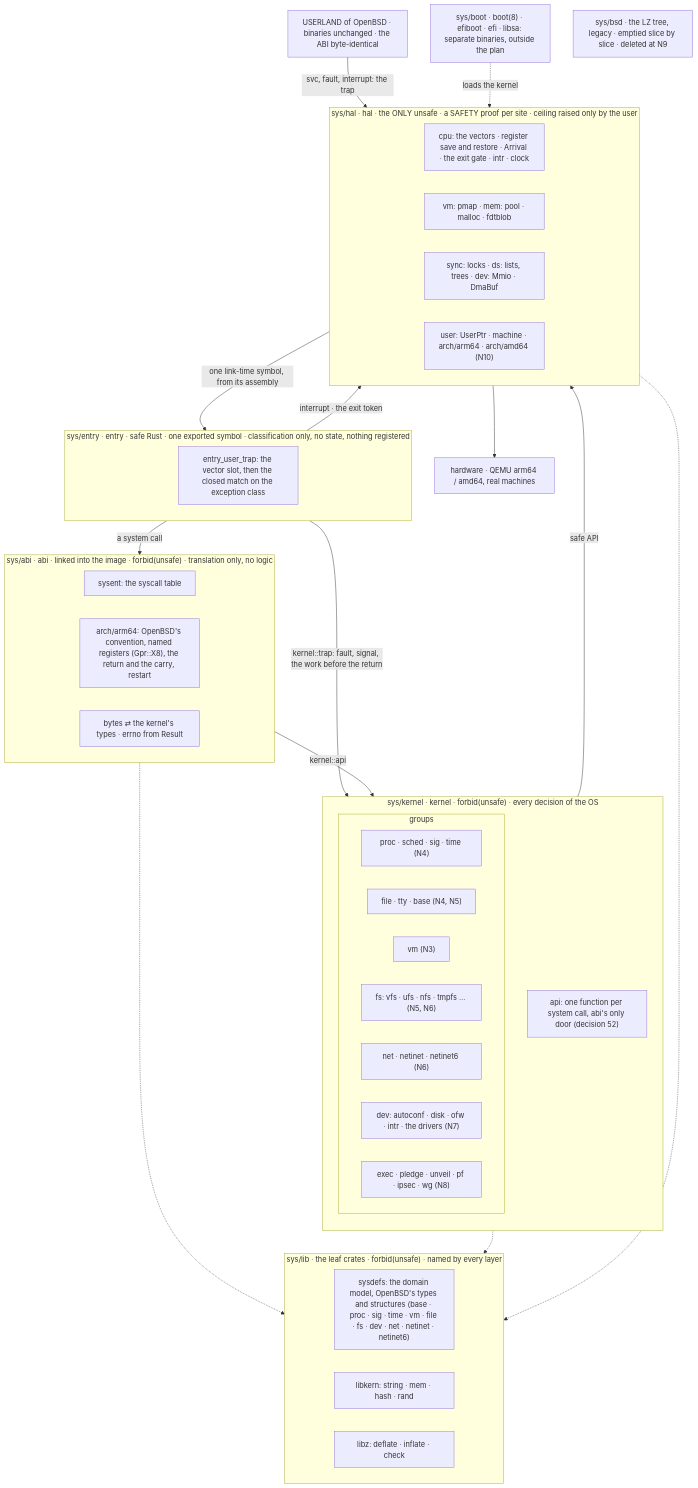
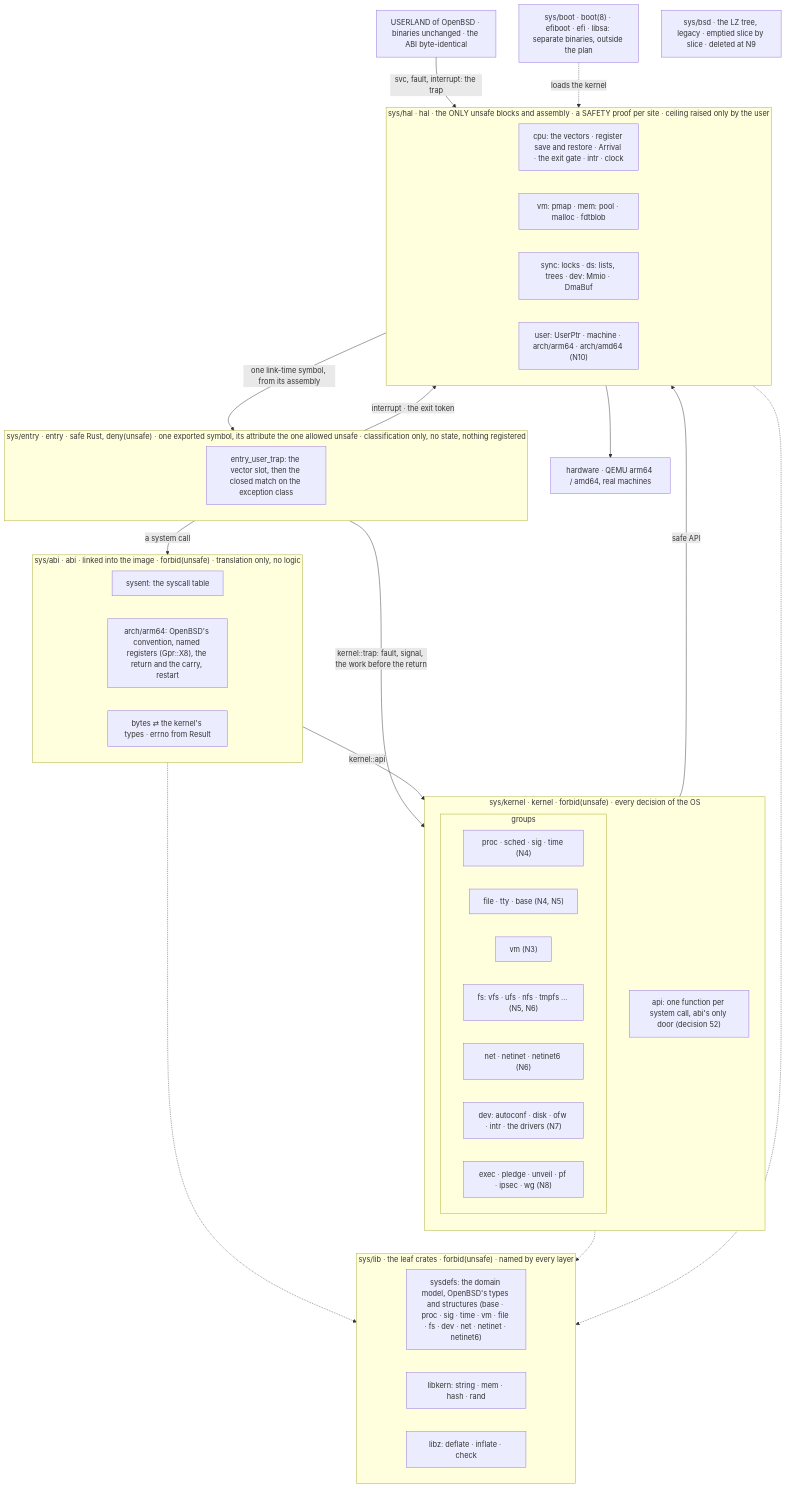
One commit to EmiBSD/Kernel changed the second of 2 diagrams in README.md. Above: the diagram before and after it, drawn with Mermaid. The commit also changed other lines of this file and 1 other file, not shown here.

Commit message:
docs: entry holds one unsafe attribute and names no data crate
Two corrections to the diagrams of README.md and docs/ZERO_UNSAFE.md
0.1, checked against the tree: entry does not depend on sysdefs
(sys/entry/Cargo.toml: abi, hal, kernel), so its arrow to the leaf
crate goes; and hal is the only crate with unsafe blocks and assembly,
not the only unsafe: entry's exported symbol carries the one
#[unsafe(no_mangle)] attribute (decision 58, unsafe 1, asm 0).

````diff
--- a/README.md
+++ b/README.md
@@ -78,63 +79,63 @@
 ```mermaid
 flowchart TB
     U["USERLAND of OpenBSD · binaries unchanged · the ABI byte-identical"]
 
     subgraph ABI["sys/abi · abi · linked into the image · forbid(unsafe) · translation only, no logic"]
         direction LR
         A1["sysent: the syscall table"]
         A2["arch/arm64: OpenBSD's convention, named registers (Gpr::X8), the return and the carry, restart"]
         A3["bytes ⇄ the kernel's types · errno from Result"]
     end
 
-    subgraph ENTRY["sys/entry · entry · safe Rust · one exported symbol · classification only, no state, nothing registered"]
+    subgraph ENTRY["sys/entry · entry · safe Rust, deny(unsafe) · one exported symbol, its attribute the one allowed unsafe · classification only, no state, nothing registered"]
         direction LR
         E1["entry_user_trap: the vector slot, then the closed match on the exception class"]
     end
 
     subgraph K["sys/kernel · kernel · forbid(unsafe) · every decision of the OS"]
         direction TB
         KA["api: one function per system call, abi's only door (decision 52)"]
         subgraph KG["groups"]
             direction LR
             KP["proc · sched · sig · time (N4)"]
             KF["file · tty · base (N4, N5)"]
             KV["vm (N3)"]
             KS["fs: vfs · ufs · nfs · tmpfs … (N5, N6)"]
             KN["net · netinet · netinet6 (N6)"]
             KD["dev: autoconf · disk · ofw · intr · the drivers (N7)"]
             KX["exec · pledge · unveil · pf · ipsec · wg (N8)"]
         end
     end
 
-    subgraph HAL["sys/hal · hal · the ONLY unsafe · a SAFETY proof per site · ceiling raised only by the user"]
+    subgraph HAL["sys/hal · hal · the ONLY unsafe blocks and assembly · a SAFETY proof per site · ceiling raised only by the user"]
         direction LR
         H1["cpu: the vectors · register save and restore · Arrival · the exit gate · intr · clock"]
         H2["vm: pmap · mem: pool · malloc · fdtblob"]
         H3["sync: locks · ds: lists, trees · dev: Mmio · DmaBuf"]
         H4["user: UserPtr · machine · arch/arm64 · arch/amd64 (N10)"]
     end
 
     subgraph LIB["sys/lib · the leaf crates · forbid(unsafe) · named by every layer"]
         direction LR
         L1["sysdefs: the domain model, OpenBSD's types and structures (base · proc · sig · time · vm · file · fs · dev · net · netinet · netinet6)"]
         L2["libkern: string · mem · hash · rand"]
         L3["libz: deflate · inflate · check"]
     end
 
     BOOT["sys/boot · boot(8) · efiboot · efi · libsa: separate binaries, outside the plan"]
     BSD["sys/bsd · the LZ tree, legacy · emptied slice by slice · deleted at N9"]
     M["hardware · QEMU arm64 / amd64, real machines"]
 
     U -->|"svc, fault, interrupt: the trap"| HAL
     HAL -->|"one link-time symbol, from its assembly"| ENTRY
     ENTRY -->|"a system call"| ABI
     ENTRY -->|"kernel::trap: fault, signal, the work before the return"| K
     ENTRY -->|"interrupt · the exit token"| HAL
     ABI -->|"kernel::api"| K
     K -->|"safe API"| HAL
     HAL --> M
     ABI -.-> LIB
     K -.-> LIB
     HAL -.-> LIB
     BOOT -.->|"loads the kernel"| HAL
 ```
````
